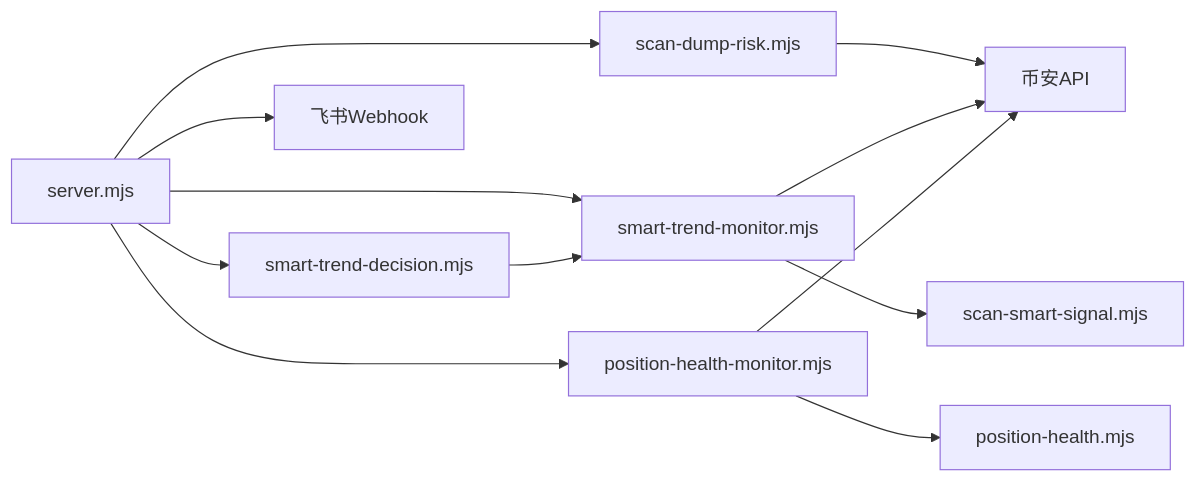
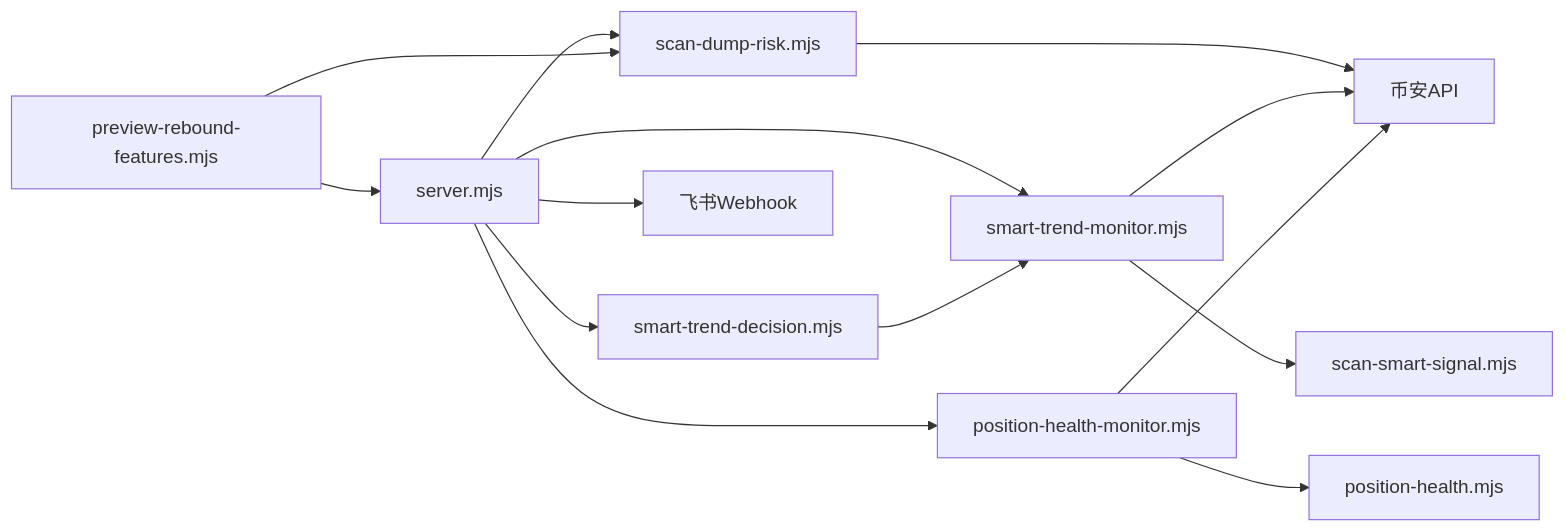
One commit to kekexilinan/BinaceSmart changed the ninth of 9 diagrams in .qoder/repowiki/zh/content/核心功能模块/暴跌风险预警.md. Above: the diagram before and after it, drawn with Mermaid. The commit also changed other lines of this file and 59 other files, not shown here.

````diff
--- a/.qoder/repowiki/zh/content/核心功能模块/暴跌风险预警.md
+++ b/.qoder/repowiki/zh/content/核心功能模块/暴跌风险预警.md
@@ -335,14 +409,16 @@
 ```mermaid
 graph LR
 S["server.mjs"] --> DR["scan-dump-risk.mjs"]
 S --> ST["smart-trend-monitor.mjs"]
 S --> DEC["smart-trend-decision.mjs"]
 S --> PHM["position-health-monitor.mjs"]
 PHM --> PH["position-health.mjs"]
 ST --> SS["scan-smart-signal.mjs"]
 DR --> B["币安API"]
 ST --> B
 PHM --> B
 DEC --> ST
 S --> F["飞书Webhook"]
+PR["preview-rebound-features.mjs"] --> S
+PR --> DR
 ```
````
